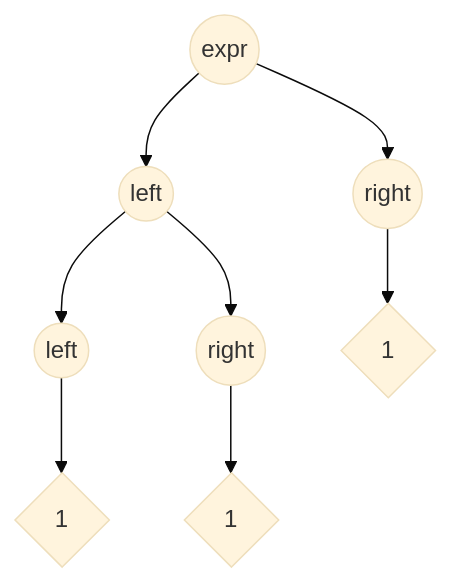
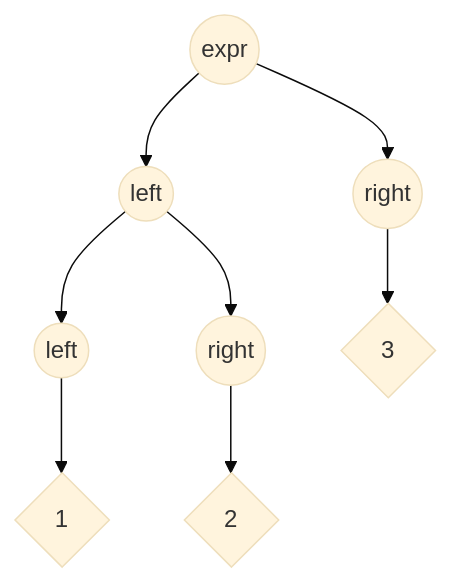
One commit to eclipse-langium/langium-website changed the second of 2 diagrams in hugo/content/docs/ast-types.md. Above: the diagram before and after it, drawn with Mermaid (base theme). The commit also changed other lines of this file, not shown here.

```diff
--- a/hugo/content/docs/ast-types.md
+++ b/hugo/content/docs/ast-types.md
@@ -214,10 +214,10 @@
 {{<mermaid>}}
 graph TD;
 expr((expr)) --> left((left))
 expr --> right((right))
 left --> left_left((left))
 left --> left_right((right))
-right --> right_v{1}
+right --> right_v{3}
 left_left --> left_left_v{1}
-left_right --> left_right_{1}
+left_right --> left_right_{2}
 {{</mermaid>}}
```
